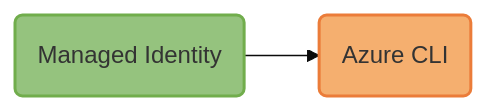
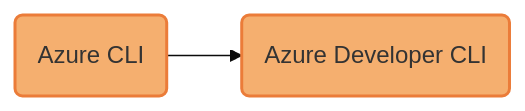
The diagram in articles/go/sdk/includes/mermaidjs/chained-token-credential-auth-flow.md (MicrosoftDocs/azure-dev-docs), drawn with Mermaid before and after one commit. The commit also changed other lines of this file and 2 other files, not shown here.

Commit message:
Update DefaultAzureCredential usage guidelines for Go

````diff
--- a/articles/go/sdk/includes/mermaidjs/chained-token-credential-auth-flow.md
+++ b/articles/go/sdk/includes/mermaidjs/chained-token-credential-auth-flow.md
@@ -6,24 +6,23 @@
 ```mermaid
 %% STEPS TO GENERATE IMAGE
 %% =======================
 %% 1. Install mermaid CLI v10.9.1 (see https://github.com/mermaid-js/mermaid-cli/blob/master/README.md):
 %%    npm i -g @mermaid-js/mermaid-cli@10.9.1
 %% 2. Run command: mmdc -i chained-token-credential-auth-flow.md -o ../../media/mermaidjs/chained-token-credential-auth-flow.svg
 
 %%{
   init: {
     'theme': 'base',
     'themeVariables': {
       'tertiaryBorderColor': '#fff',
       'tertiaryColor': '#fff'
     }
   }
 }%%
 
 flowchart LR;
-    C(Managed Identity):::deployed --> D(Azure CLI):::developer;
+    D(Azure CLI):::developer --> E(Azure Developer CLI):::developer;
 
     %% Define styles for credential type boxes
-    classDef deployed fill:#95C37E, stroke:#71AD4C, stroke-width:2px;
     classDef developer fill:#F5AF6F, stroke:#EB7C39, stroke-width:2px;
 ```
````
